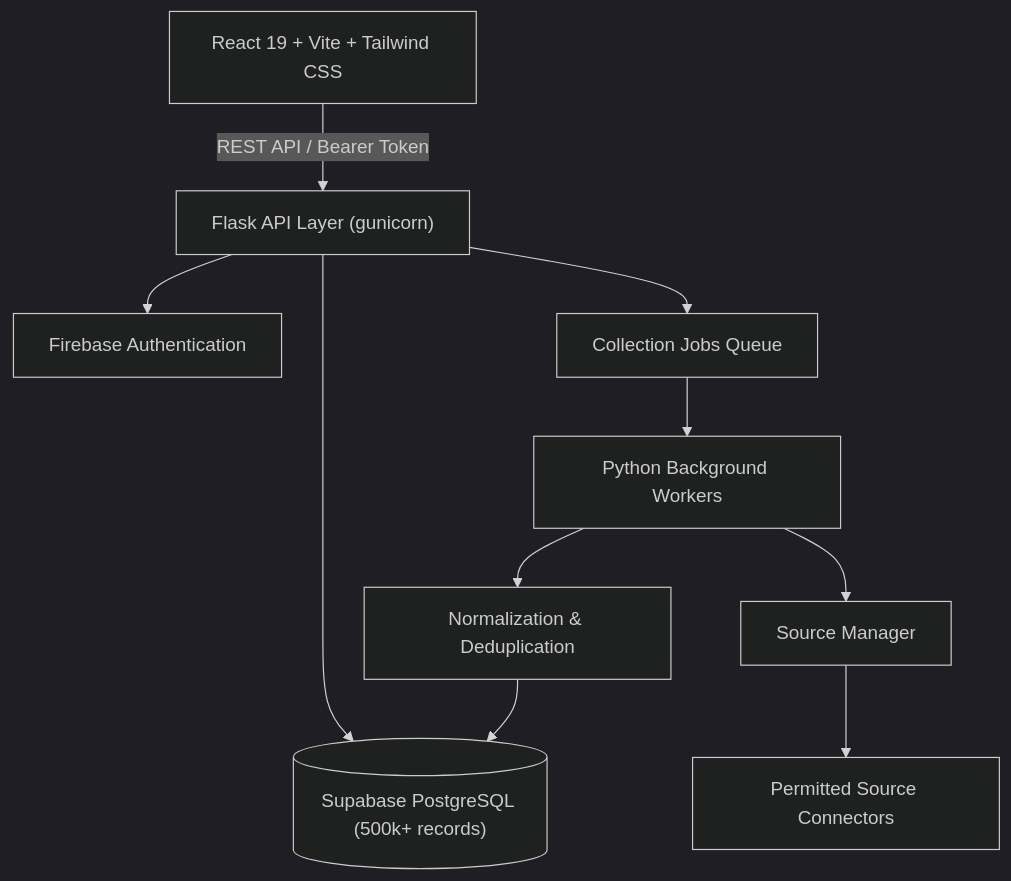
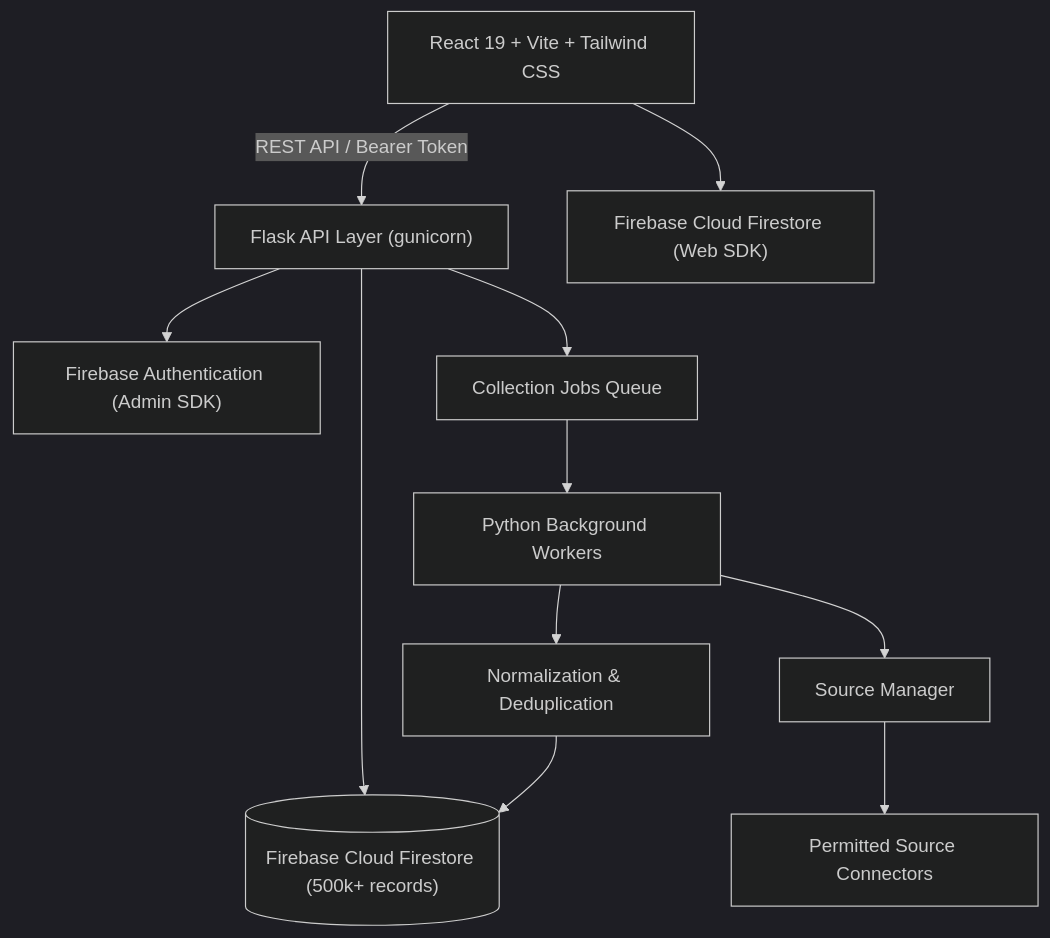
The diagram in README.md (hiki-ai/ANDHRA-SOFT-TECH-LEAD-FINDER), drawn with Mermaid (dark theme) before and after one commit. The commit also changed other lines of this file and 40 other files, not shown here.

Commit message:
feat(database): migrate database from Supabase/PostgreSQL to Firebase Cloud Firestore

````diff
--- a/README.md
+++ b/README.md
@@ -27,12 +27,13 @@
 ```mermaid
 graph TD
     Client["React 19 + Vite + Tailwind CSS"] --> |REST API / Bearer Token| API["Flask API Layer (gunicorn)"]
-    API --> Auth["Firebase Authentication"]
-    API --> DB[("Supabase PostgreSQL (500k+ records)")]
+    Client --> FirestoreClient["Firebase Cloud Firestore (Web SDK)"]
+    API --> Auth["Firebase Authentication (Admin SDK)"]
+    API --> DB[("Firebase Cloud Firestore (500k+ records)")]
     API --> Queue["Collection Jobs Queue"]
     Queue --> Worker["Python Background Workers"]
     Worker --> Manager["Source Manager"]
     Manager --> Connectors["Permitted Source Connectors"]
     Worker --> Normalizer["Normalization & Deduplication"]
     Normalizer --> DB
 ```
````
